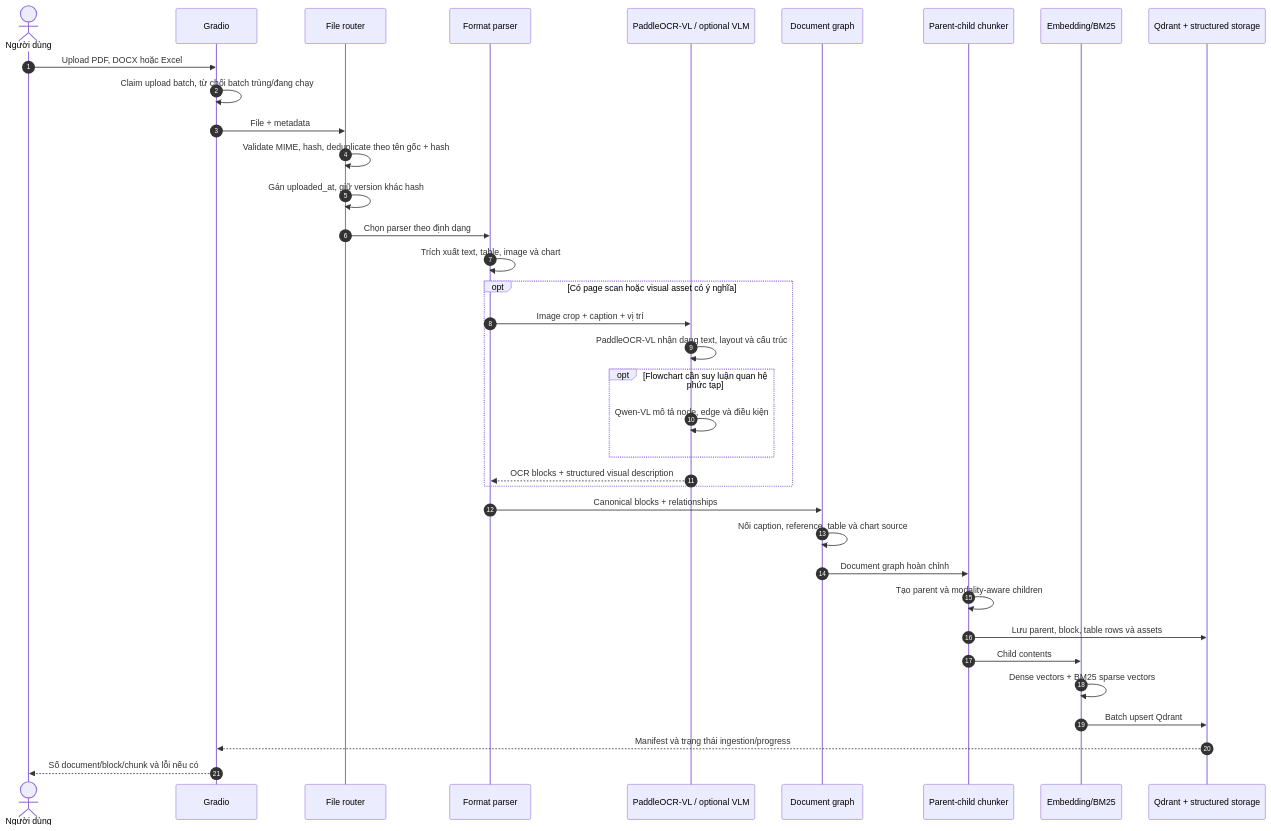
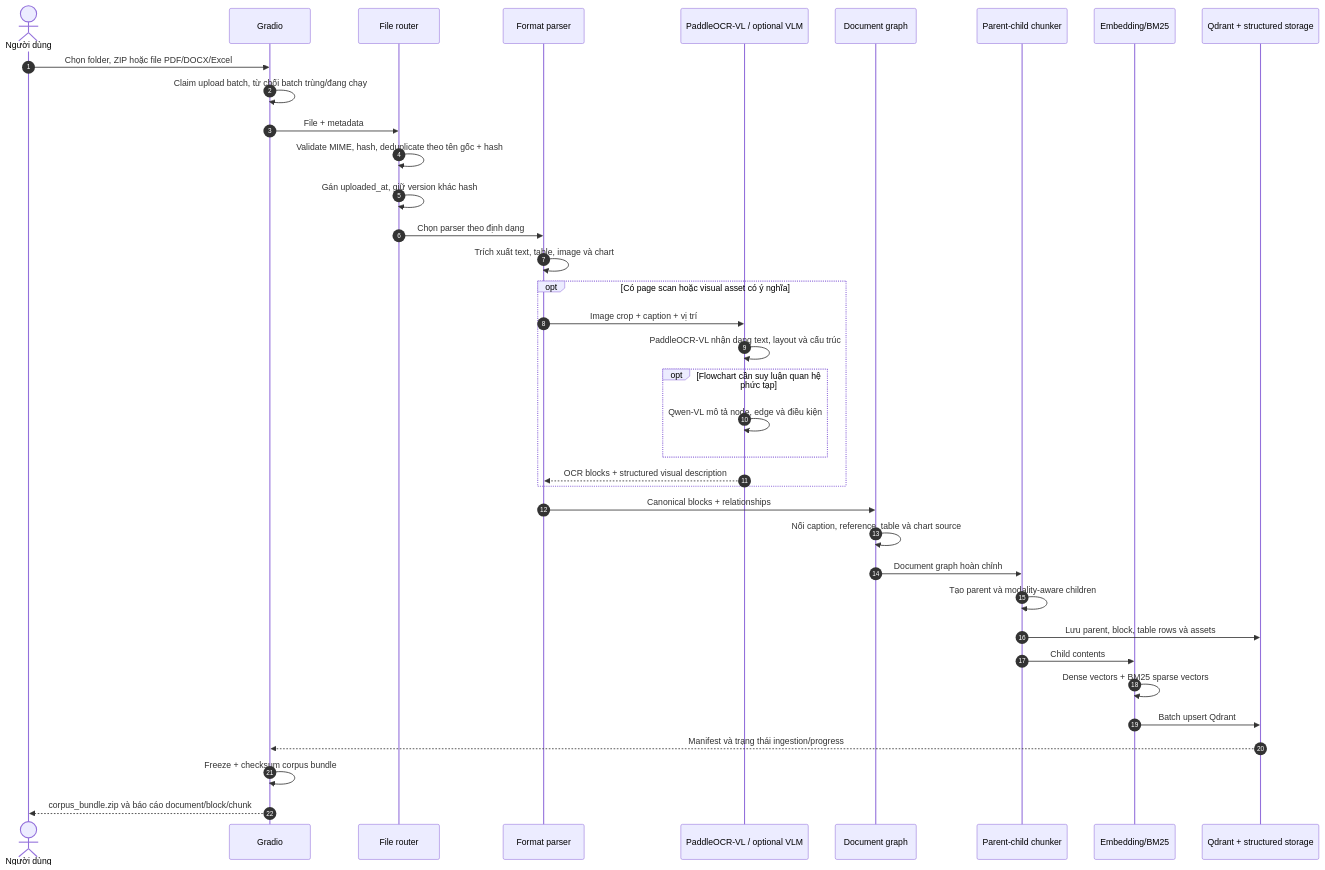
One commit to NhoDung/RAG-basic changed the third of 7 diagrams in Architecture.md. Above: the diagram before and after it, drawn with Mermaid. The commit also changed other lines of this file and 22 other files, not shown here.

````diff
--- a/Architecture.md
+++ b/Architecture.md
@@ -257,41 +214,42 @@
 ```mermaid
 sequenceDiagram
     autonumber
     actor User as Người dùng
     participant UI as Gradio
     participant Router as File router
     participant Parser as Format parser
     participant Media as PaddleOCR-VL / optional VLM
     participant Graph as Document graph
     participant Chunker as Parent-child chunker
     participant Encoder as Embedding/BM25
     participant Store as Qdrant + structured storage
 
-    User->>UI: Upload PDF, DOCX hoặc Excel
+    User->>UI: Chọn folder, ZIP hoặc file PDF/DOCX/Excel
     UI->>UI: Claim upload batch, từ chối batch trùng/đang chạy
     UI->>Router: File + metadata
     Router->>Router: Validate MIME, hash, deduplicate theo tên gốc + hash
     Router->>Router: Gán uploaded_at, giữ version khác hash
     Router->>Parser: Chọn parser theo định dạng
     Parser->>Parser: Trích xuất text, table, image và chart
 
     opt Có page scan hoặc visual asset có ý nghĩa
         Parser->>Media: Image crop + caption + vị trí
         Media->>Media: PaddleOCR-VL nhận dạng text, layout và cấu trúc
         opt Flowchart cần suy luận quan hệ phức tạp
             Media->>Media: Qwen-VL mô tả node, edge và điều kiện
         end
         Media-->>Parser: OCR blocks + structured visual description
     end
 
     Parser->>Graph: Canonical blocks + relationships
     Graph->>Graph: Nối caption, reference, table và chart source
     Graph->>Chunker: Document graph hoàn chỉnh
     Chunker->>Chunker: Tạo parent và modality-aware children
     Chunker->>Store: Lưu parent, block, table rows và assets
     Chunker->>Encoder: Child contents
     Encoder->>Encoder: Dense vectors + BM25 sparse vectors
     Encoder->>Store: Batch upsert Qdrant
     Store-->>UI: Manifest và trạng thái ingestion/progress
-    UI-->>User: Số document/block/chunk và lỗi nếu có
+    UI->>UI: Freeze + checksum corpus bundle
+    UI-->>User: corpus_bundle.zip và báo cáo document/block/chunk
 ```
````
